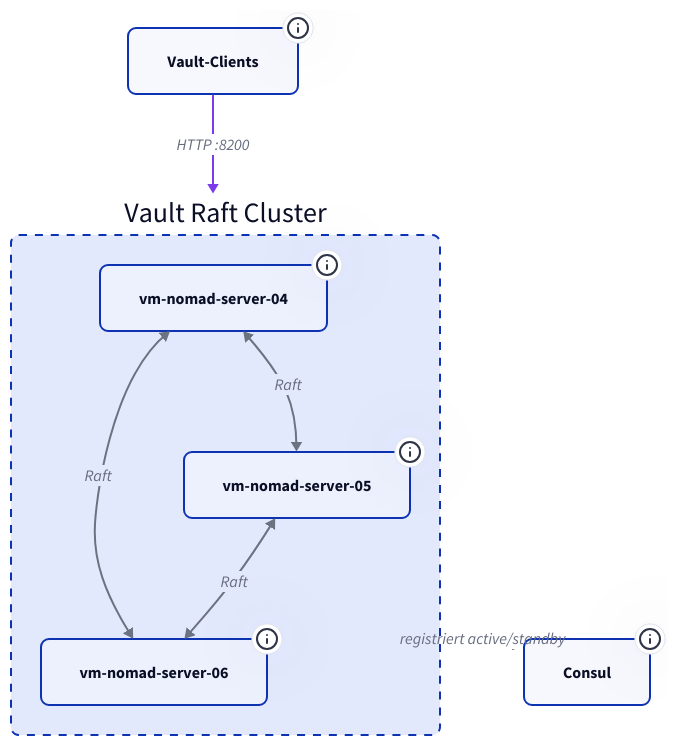
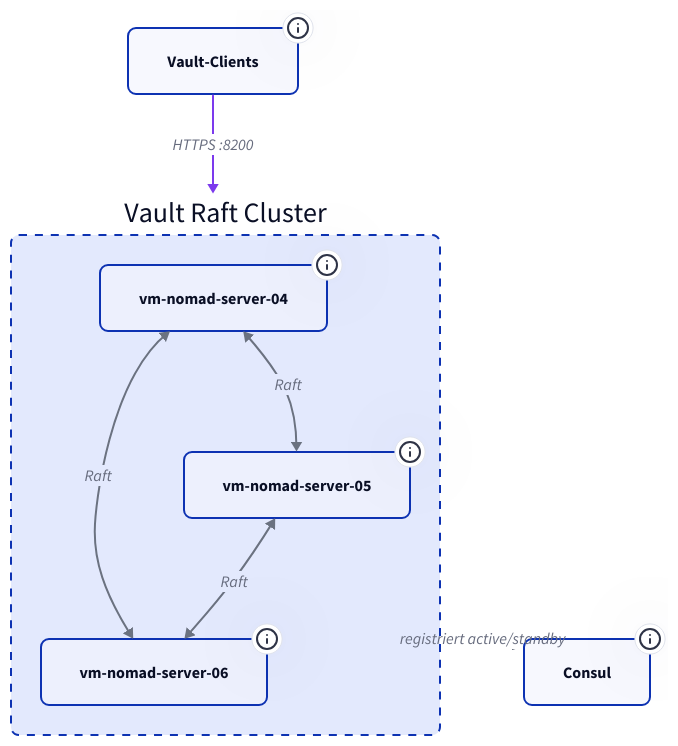
One commit to derever-labs/homelab-wiki changed the first of 2 diagrams in docs/plattform/vault/index.md. Above: the diagram before and after it, drawn with D2. The commit also changed other lines of this file and 4 other files, not shown here.

````diff
--- a/docs/plattform/vault/index.md
+++ b/docs/plattform/vault/index.md
@@ -35,56 +35,56 @@
 ```d2
 classes: {
   node: { style: { border-radius: 8 } }
   container: { style: { border-radius: 8; stroke-dash: 4 } }
 }
 
 raft: Vault Raft Cluster {
   class: container
 
   V1: vm-nomad-server-04 {
     class: node
     tooltip: "10.0.2.104 | Port 8200 (API) / 8201 (Cluster)"
   }
   V2: vm-nomad-server-05 {
     class: node
     tooltip: "10.0.2.105 | Port 8200 (API) / 8201 (Cluster)"
   }
   V3: vm-nomad-server-06 {
     class: node
     tooltip: "10.0.2.106 | Port 8200 (API) / 8201 (Cluster)"
   }
 
   V1 <-> V2: Raft {
     style.stroke: "#6b7280"
     tooltip: "Port 8201 | Datenreplikation und Leader Election"
   }
   V2 <-> V3: Raft {
     style.stroke: "#6b7280"
     tooltip: "Port 8201 | Datenreplikation und Leader Election"
   }
   V3 <-> V1: Raft {
     style.stroke: "#6b7280"
     tooltip: "Port 8201 | Datenreplikation und Leader Election"
   }
 }
 
 clients: Vault-Clients {
   class: node
   tooltip: "Nomad Tasks (Workload Identity, Ablauf siehe unten), Admin-CLI"
 }
 
 Consul: Consul {
   class: node
   tooltip: "Service Discovery: vault.service.consul und active.vault"
 }
 
-clients -> raft: HTTP :8200 {
+clients -> raft: HTTPS :8200 {
   style.stroke: "#7c3aed"
   tooltip: "Zugriff über vault.service.consul -- kein fest verdrahteter Node"
 }
 raft -> Consul: registriert active/standby {
   style.stroke: "#6b7280"
   style.stroke-dash: 3
   tooltip: "Jeder Node meldet seinen Zustand, Consul löst auf den aktiven Leader auf"
 }
 ```
````
